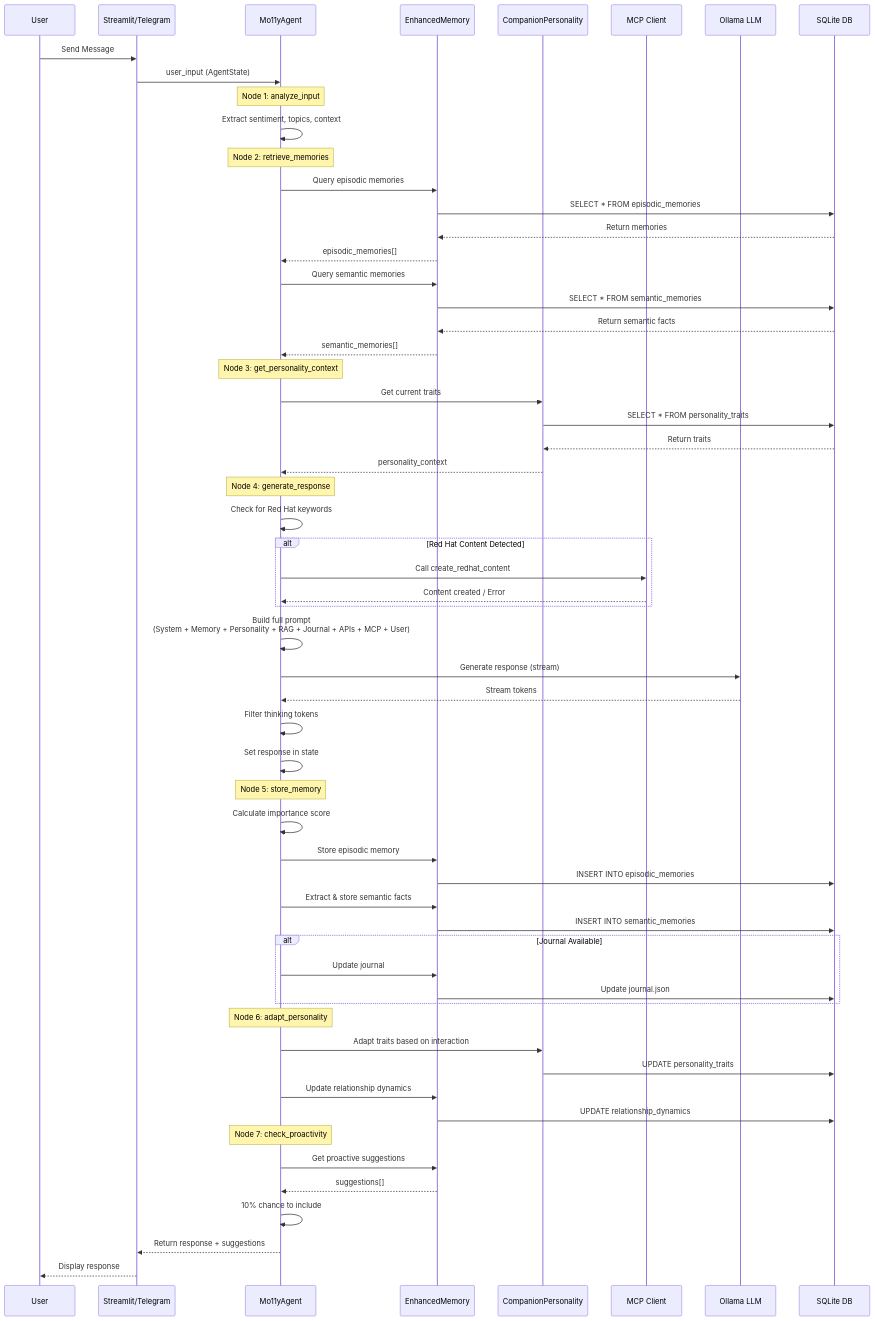
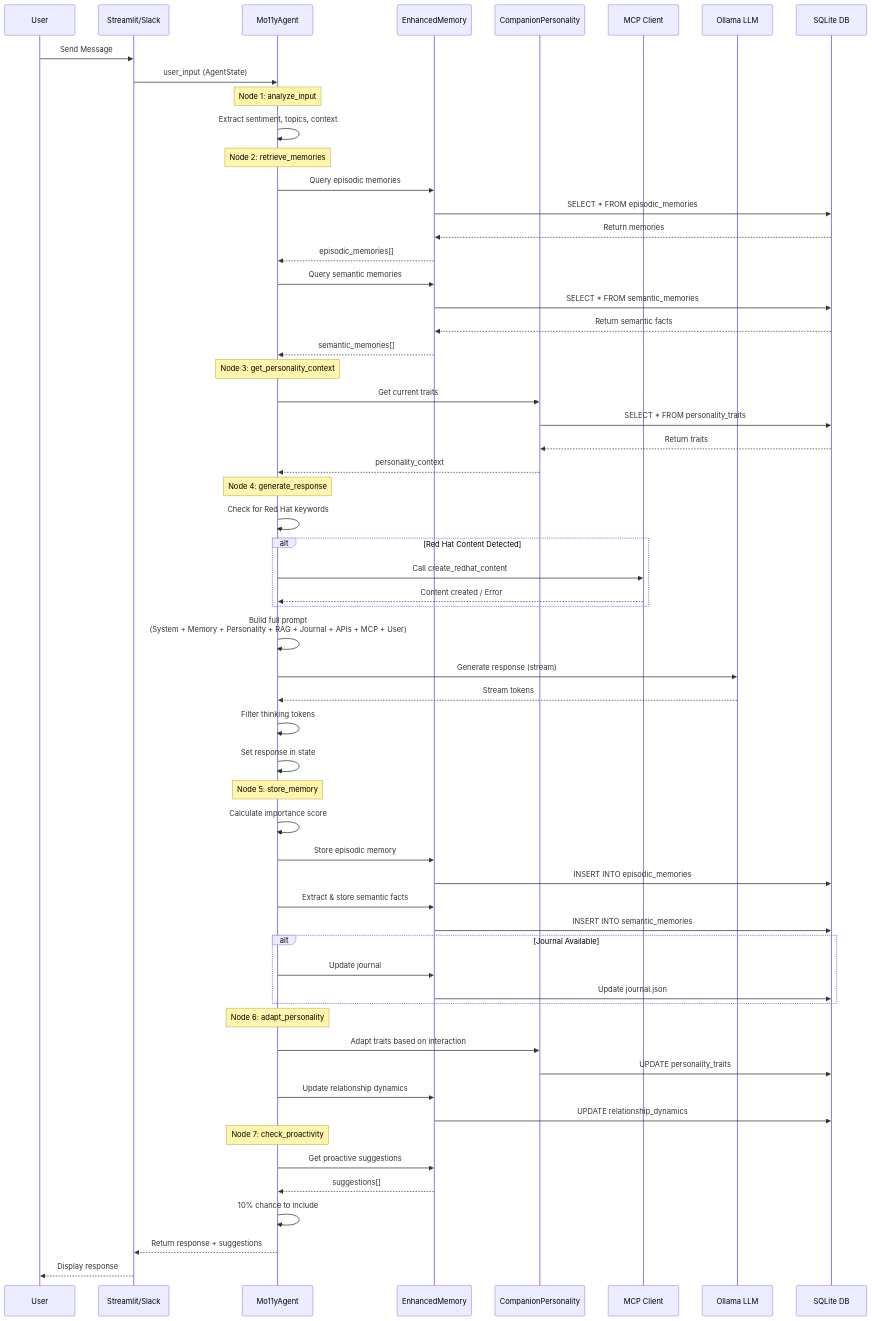
The third of 5 diagrams in ARCHITECTURE_LANGGRAPH_FLOWCHART.md (dallasspohn/mo11y-gls), drawn with Mermaid before and after one commit. The commit also changed other lines of this file and 17 other files, not shown here.

````diff
--- a/ARCHITECTURE_LANGGRAPH_FLOWCHART.md
+++ b/ARCHITECTURE_LANGGRAPH_FLOWCHART.md
@@ -298,73 +298,73 @@
 ```mermaid
 sequenceDiagram
     participant User
-    participant UI as Streamlit/Telegram
+    participant UI as Streamlit/Slack
     participant Agent as Mo11yAgent
     participant Memory as EnhancedMemory
     participant Personality as CompanionPersonality
     participant MCP as MCP Client
     participant Ollama as Ollama LLM
     participant DB as SQLite DB
     
     User->>UI: Send Message
     UI->>Agent: user_input (AgentState)
     
     Note over Agent: Node 1: analyze_input
     Agent->>Agent: Extract sentiment, topics, context
     
     Note over Agent: Node 2: retrieve_memories
     Agent->>Memory: Query episodic memories
     Memory->>DB: SELECT * FROM episodic_memories
     DB-->>Memory: Return memories
     Memory-->>Agent: episodic_memories[]
     
     Agent->>Memory: Query semantic memories
     Memory->>DB: SELECT * FROM semantic_memories
     DB-->>Memory: Return semantic facts
     Memory-->>Agent: semantic_memories[]
     
     Note over Agent: Node 3: get_personality_context
     Agent->>Personality: Get current traits
     Personality->>DB: SELECT * FROM personality_traits
     DB-->>Personality: Return traits
     Personality-->>Agent: personality_context
     
     Note over Agent: Node 4: generate_response
     Agent->>Agent: Check for Red Hat keywords
     alt Red Hat Content Detected
         Agent->>MCP: Call create_redhat_content
         MCP-->>Agent: Content created / Error
     end
     
     Agent->>Agent: Build full prompt<br/>(System + Memory + Personality + RAG + Journal + APIs + MCP + User)
     Agent->>Ollama: Generate response (stream)
     Ollama-->>Agent: Stream tokens
     Agent->>Agent: Filter thinking tokens
     Agent->>Agent: Set response in state
     
     Note over Agent: Node 5: store_memory
     Agent->>Agent: Calculate importance score
     Agent->>Memory: Store episodic memory
     Memory->>DB: INSERT INTO episodic_memories
     Agent->>Memory: Extract & store semantic facts
     Memory->>DB: INSERT INTO semantic_memories
     
     alt Journal Available
         Agent->>Memory: Update journal
         Memory->>DB: Update journal.json
     end
     
     Note over Agent: Node 6: adapt_personality
     Agent->>Personality: Adapt traits based on interaction
     Personality->>DB: UPDATE personality_traits
     Agent->>Memory: Update relationship dynamics
     Memory->>DB: UPDATE relationship_dynamics
     
     Note over Agent: Node 7: check_proactivity
     Agent->>Memory: Get proactive suggestions
     Memory-->>Agent: suggestions[]
     Agent->>Agent: 10% chance to include
     
     Agent-->>UI: Return response + suggestions
     UI-->>User: Display response
 ```
````
